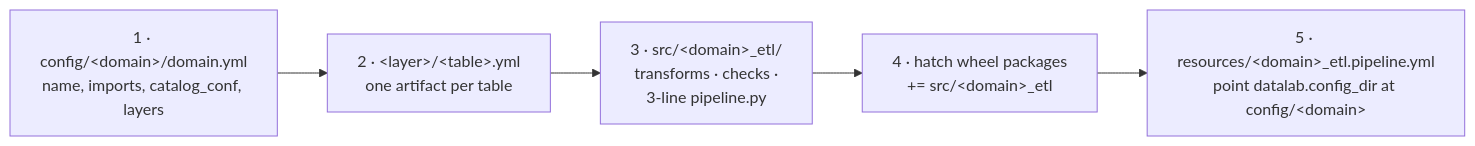
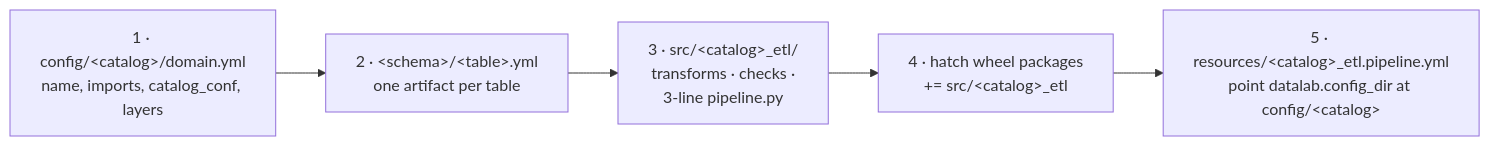
The fourth of 4 diagrams in docs/FRAMEWORK.md (Vegash09/Demo_Lab), drawn with Mermaid before and after one commit. The commit also changed other lines of this file and 65 other files, not shown here.

````diff
--- a/docs/FRAMEWORK.md
+++ b/docs/FRAMEWORK.md
@@ -447,7 +449,7 @@
 ```mermaid
 flowchart LR
-    A["1 · config/&lt;domain&gt;/domain.yml<br/>name, imports, catalog_conf, layers"] --> B["2 · &lt;layer&gt;/&lt;table&gt;.yml<br/>one artifact per table"]
-    B --> C["3 · src/&lt;domain&gt;_etl/<br/>transforms · checks ·<br/>3-line pipeline.py"]
-    C --> D["4 · hatch wheel packages<br/>+= src/&lt;domain&gt;_etl"]
-    D --> E["5 · resources/&lt;domain&gt;_etl.pipeline.yml<br/>point datalab.config_dir at config/&lt;domain&gt;"]
+    A["1 · config/&lt;catalog&gt;/domain.yml<br/>name, imports, catalog_conf, layers"] --> B["2 · &lt;schema&gt;/&lt;table&gt;.yml<br/>one artifact per table"]
+    B --> C["3 · src/&lt;catalog&gt;_etl/<br/>transforms · checks ·<br/>3-line pipeline.py"]
+    C --> D["4 · hatch wheel packages<br/>+= src/&lt;catalog&gt;_etl"]
+    D --> E["5 · resources/&lt;catalog&gt;_etl.pipeline.yml<br/>point datalab.config_dir at config/&lt;catalog&gt;"]
 ```
````
